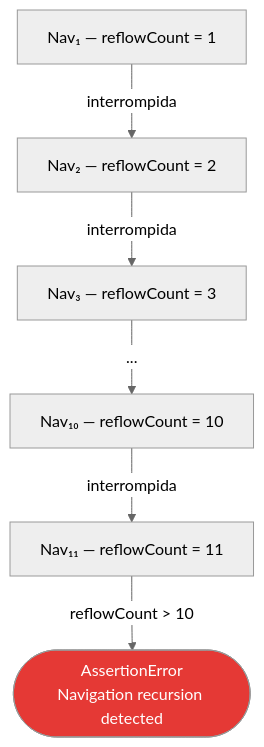
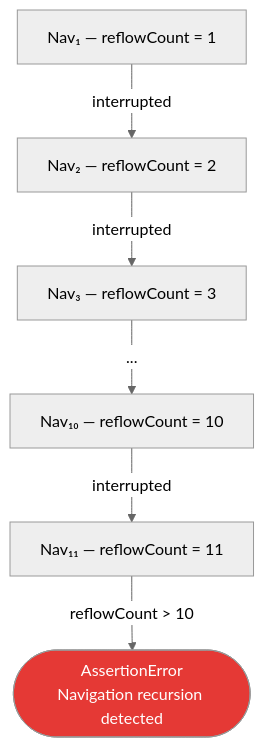
The seventh of 19 diagrams in docs/architecture-cube.md (mrcdom/wdc-cube-kotlin), drawn with Mermaid (neutral theme) before and after one commit. The commit also changed other lines of this file and 10 other files, not shown here.

First line of the commit message:
docs: architecture docs and top-level READMEs in US English

````diff
--- a/docs/architecture-cube.md
+++ b/docs/architecture-cube.md
@@ -439,10 +439,10 @@
 ```mermaid
 flowchart TD
-    N1["Nav₁ — reflowCount = 1"] -->|interrompida| N2["Nav₂ — reflowCount = 2"]
-    N2 -->|interrompida| N3["Nav₃ — reflowCount = 3"]
+    N1["Nav₁ — reflowCount = 1"] -->|interrupted| N2["Nav₂ — reflowCount = 2"]
+    N2 -->|interrupted| N3["Nav₃ — reflowCount = 3"]
     N3 -->|...| N10["Nav₁₀ — reflowCount = 10"]
-    N10 -->|interrompida| N11["Nav₁₁ — reflowCount = 11"]
+    N10 -->|interrupted| N11["Nav₁₁ — reflowCount = 11"]
     N11 -->|reflowCount > 10| ERR(["AssertionError\nNavigation recursion detected"])
 
     style ERR fill:#e53935,color:#fff
 ```
````
